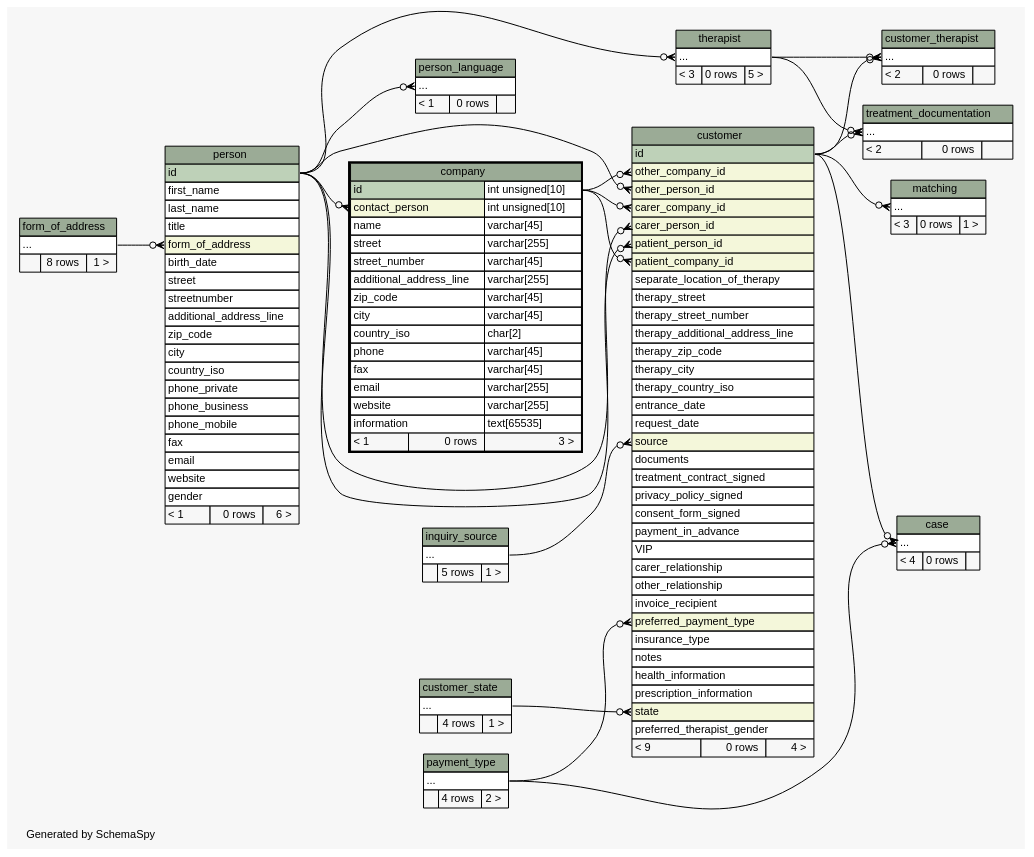
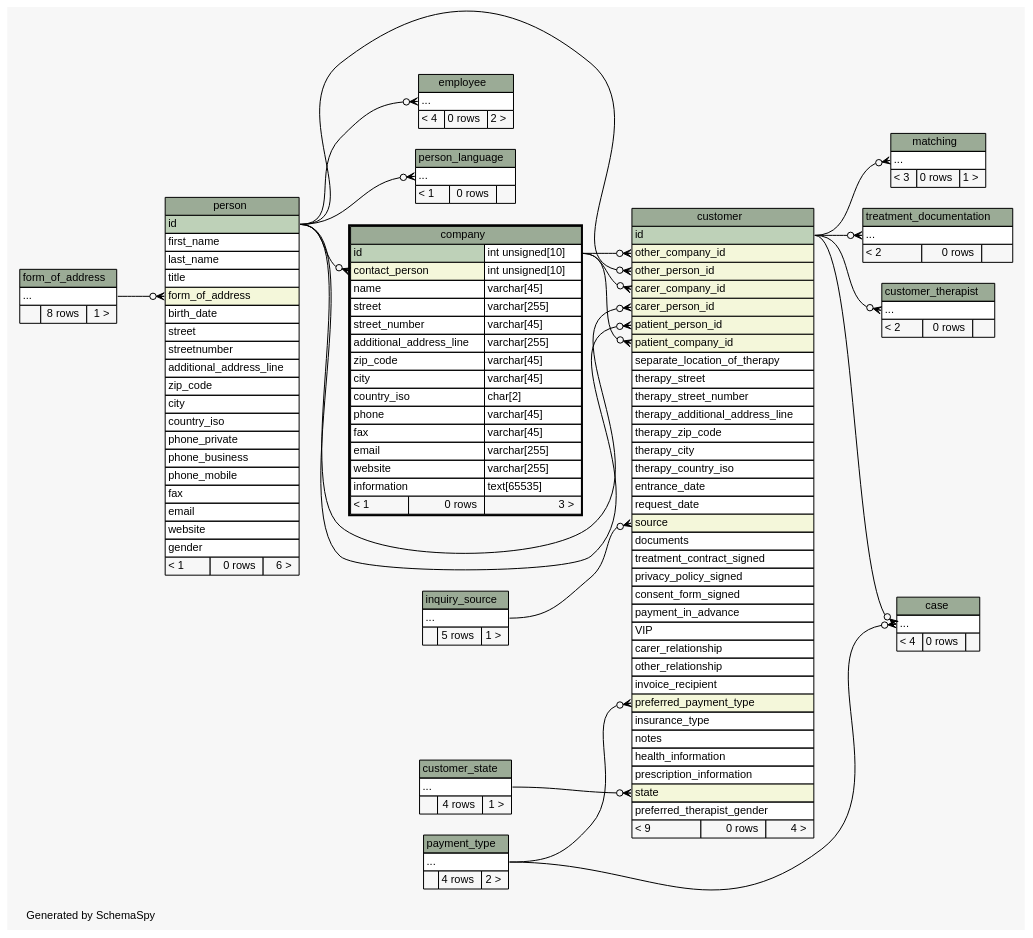
The diagram in diagrams/company.2degrees.dot (KaiBMP/KaiBMP.github.io), drawn with Graphviz before and after one commit. The commit also changed 141 other files, not shown here.

Commit message:
schemaspy update

```diff
--- a/diagrams/company.2degrees.dot
+++ b/diagrams/company.2degrees.dot
@@ -1,4 +1,4 @@
-// dot 2.40.1 on Linux 5.3.0-26-generic
+// dot 2.40.1 on Linux 5.3.0-28-generic
 // SchemaSpy rev 590
 digraph "twoDegreesRelationshipsDiagram" {
   graph [
@@ -32,13 +32,11 @@
   "customer":"source":w -> "inquiry_source":"elipses":e [arrowhead=none dir=back arrowtail=crowodot];
   "customer":"state":w -> "customer_state":"elipses":e [arrowhead=none dir=back arrowtail=crowodot];
   "customer_therapist":"elipses":w -> "customer":"id":e [arrowhead=none dir=back arrowtail=crowodot];
-  "customer_therapist":"elipses":w -> "therapist":"elipses":e [arrowhead=none dir=back arrowtail=crowodot];
+  "employee":"elipses":w -> "person":"id":e [arrowhead=none dir=back arrowtail=crowodot];
   "matching":"elipses":w -> "customer":"id":e [arrowhead=none dir=back arrowtail=crowodot];
   "person":"form_of_address":w -> "form_of_address":"elipses":e [arrowhead=none dir=back arrowtail=crowodot];
   "person_language":"elipses":w -> "person":"id":e [arrowhead=none dir=back arrowtail=crowodot];
-  "therapist":"elipses":w -> "person":"id":e [arrowhead=none dir=back arrowtail=crowodot];
   "treatment_documentation":"elipses":w -> "customer":"id":e [arrowhead=none dir=back arrowtail=crowodot];
-  "treatment_documentation":"elipses":w -> "therapist":"elipses":e [arrowhead=none dir=back arrowtail=crowodot];
   "case" [
     label=<
     <TABLE BORDER="0" CELLBORDER="1" CELLSPACING="0" BGCOLOR="#ffffff">
@@ -134,6 +132,16 @@
     URL="customer_therapist.html"
     tooltip="customer_therapist"
   ];
+  "employee" [
+    label=<
+    <TABLE BORDER="0" CELLBORDER="1" CELLSPACING="0" BGCOLOR="#ffffff">
+      <TR><TD COLSPAN="3" BGCOLOR="#9bab96" ALIGN="CENTER">employee</TD></TR>
+      <TR><TD PORT="elipses" COLSPAN="3" ALIGN="LEFT">...</TD></TR>
+      <TR><TD ALIGN="LEFT" BGCOLOR="#f7f7f7">&lt; 4</TD><TD ALIGN="RIGHT" BGCOLOR="#f7f7f7">0 rows</TD><TD ALIGN="RIGHT" BGCOLOR="#f7f7f7">2 &gt;</TD></TR>
+    </TABLE>>
+    URL="employee.html"
+    tooltip="employee"
+  ];
   "form_of_address" [
     label=<
     <TABLE BORDER="0" CELLBORDER="1" CELLSPACING="0" BGCOLOR="#ffffff">
@@ -212,16 +220,6 @@
     URL="person_language.html"
     tooltip="person_language"
   ];
-  "therapist" [
-    label=<
-    <TABLE BORDER="0" CELLBORDER="1" CELLSPACING="0" BGCOLOR="#ffffff">
-      <TR><TD COLSPAN="3" BGCOLOR="#9bab96" ALIGN="CENTER">therapist</TD></TR>
-      <TR><TD PORT="elipses" COLSPAN="3" ALIGN="LEFT">...</TD></TR>
-      <TR><TD ALIGN="LEFT" BGCOLOR="#f7f7f7">&lt; 3</TD><TD ALIGN="RIGHT" BGCOLOR="#f7f7f7">0 rows</TD><TD ALIGN="RIGHT" BGCOLOR="#f7f7f7">5 &gt;</TD></TR>
-    </TABLE>>
-    URL="therapist.html"
-    tooltip="therapist"
-  ];
   "treatment_documentation" [
     label=<
     <TABLE BORDER="0" CELLBORDER="1" CELLSPACING="0" BGCOLOR="#ffffff">
```
